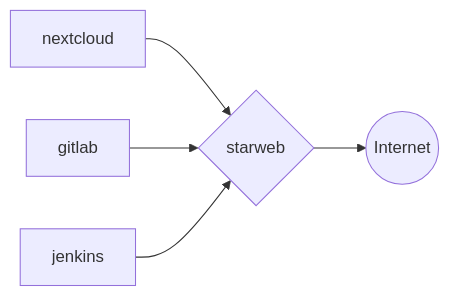
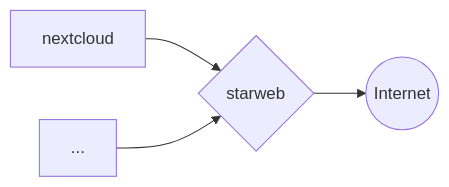
The second of 4 diagrams in readme.md (carnivuth/labcraft), drawn with Mermaid before and after one commit. The commit also changed other lines of this file, not shown here.

````diff
--- a/readme.md
+++ b/readme.md
@@ -28,10 +34,9 @@
 ```mermaid
 flowchart LR
 A((Internet))
 B{starweb}
 C[nextcloud]
-D[gitlab]
-E[jenkins]
-C & D & E --> B
+D[...]
+C & D --> B
 B --> A
 ```
````
